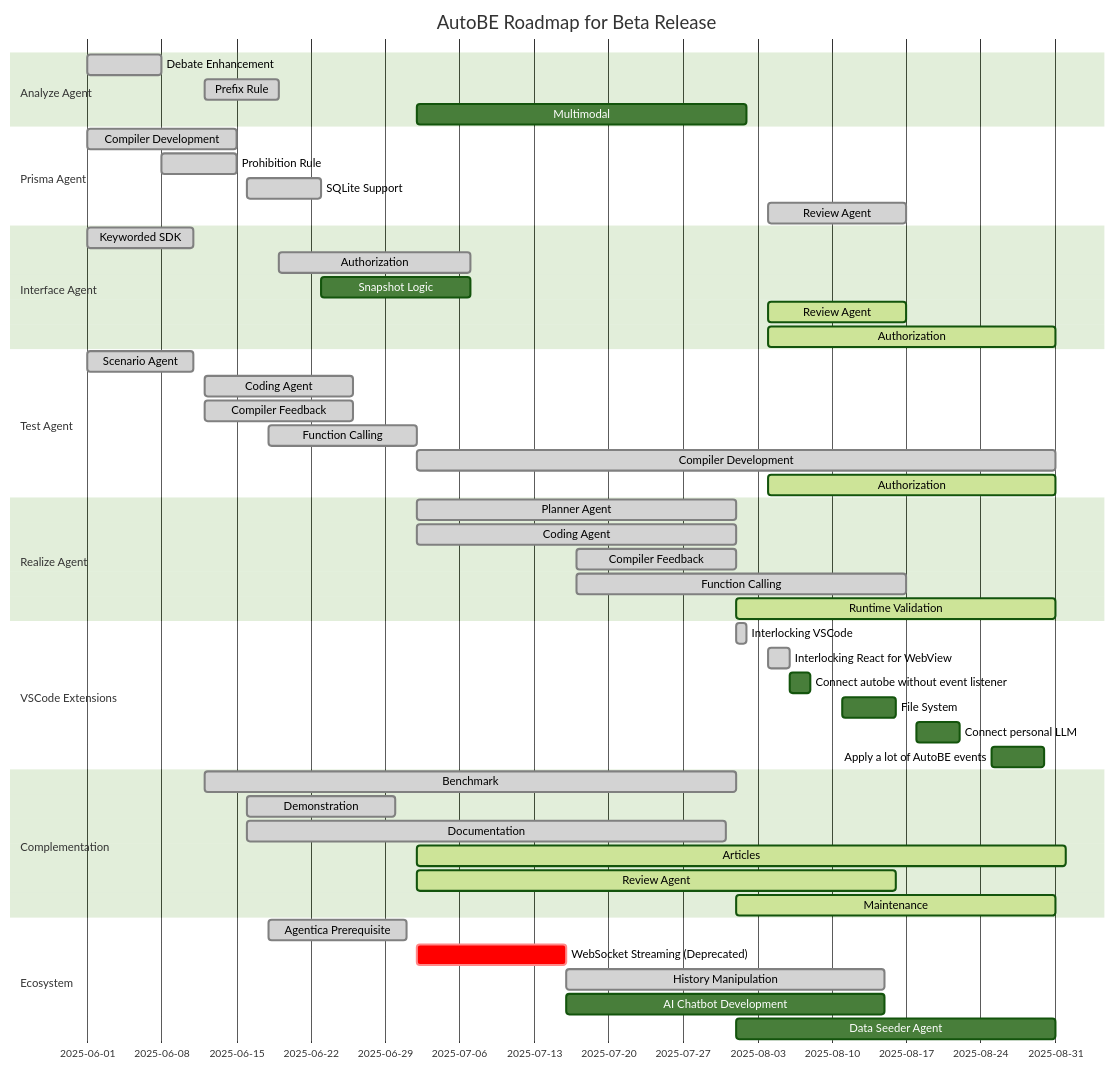
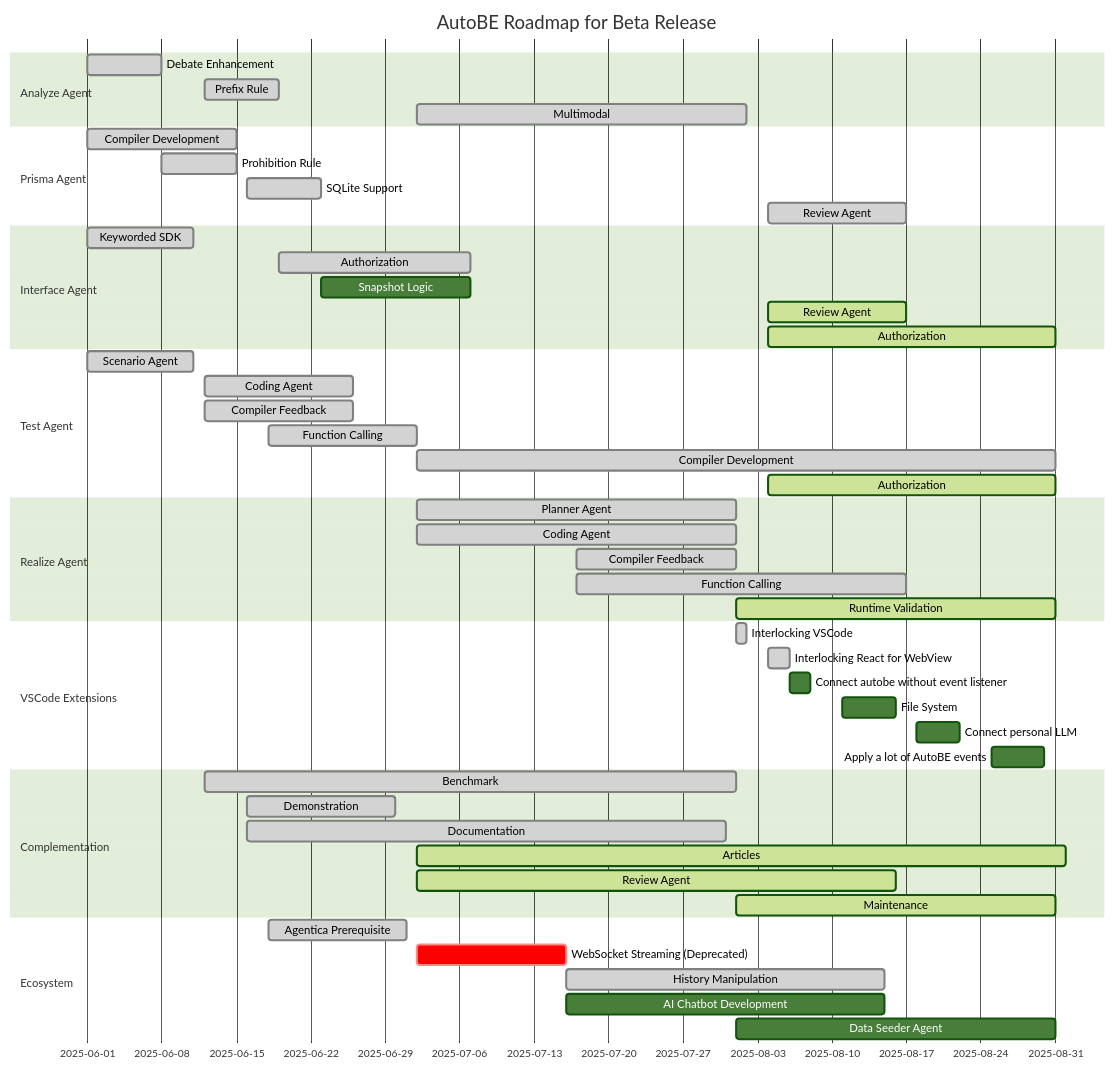
The second of 2 diagrams in README.md (wrtnlabs/autobe), drawn with Mermaid (forest theme) before and after one commit. The commit also changed 5 other files, not shown here.

````diff
--- a/README.md
+++ b/README.md
@@ -181,61 +181,61 @@
 ```mermaid
 gantt
   dateFormat YYYY-MM-DD
   title AutoBE Roadmap for Beta Release
 
   section Analyze Agent
-  Debate Enhancement: done,    2025-06-01,  7d
-  Prefix Rule:        done,    2025-06-12,  7d
-  Multimodal:         planned, 2025-07-02, 31d
+  Debate Enhancement: done, 2025-06-01,  7d
+  Prefix Rule:        done, 2025-06-12,  7d
+  Multimodal:         done, 2025-07-02, 31d
 
   section Prisma Agent
   Compiler Development: done, 2025-06-01, 14d
   Prohibition Rule:     done, 2025-06-08,  7d
   SQLite Support:       done, 2025-06-16,  7d
   Review Agent:         done, 2025-08-04, 13d
 
   section Interface Agent
   Keyworded SDK:     done,    2025-06-01, 10d
   Authorization:     done,    2025-06-19, 18d
   Snapshot Logic:    planned, 2025-06-23, 14d
   Review Agent:      active,  2025-08-04, 13d
   Authorization:     active,  2025-08-04, 27d
 
   section Test Agent
   Scenario Agent:         done, 2025-06-01, 10d        
   Coding Agent:           done, 2025-06-12, 14d
   Compiler Feedback:      done, 2025-06-12, 14d
   Function Calling:       done, 2025-06-18, 14d
   Compiler Development:   done, 2025-07-02, 60d
   Authorization:        active, 2025-08-04, 27d
 
   section Realize Agent
   Planner Agent:          done, 2025-07-02, 30d
   Coding Agent:           done, 2025-07-02, 30d
   Compiler Feedback:      done, 2025-07-17, 15d
   Function Calling:       done, 2025-07-17, 31d
   Runtime Validation:   active, 2025-08-01, 30d
 
   section VSCode Extensions
   Interlocking VSCode:                      done, 2025-08-01, 1d
   Interlocking React for WebView:           done, 2025-08-04, 2d
   Connect autobe without event listener: planned, 2025-08-06, 2d
   File System:                           planned, 2025-08-11, 5d
   Connect personal LLM:                  planned, 2025-08-18, 4d
   Apply a lot of AutoBE events:          planned, 2025-08-25, 5d 
 
   section Complementation
   Benchmark:     done,   2025-06-12, 50d
   Demonstration: done,   2025-06-16, 14d
   Documentation: done,   2025-06-16, 45d
   Articles:      active, 2025-07-02, 61d
   Review Agent:  active, 2025-07-02, 45d
   Maintenance:   active, 2025-08-01, 30d
 
   section Ecosystem
   Agentica Prerequisite:            done,    2025-06-18, 13d
   WebSocket Streaming (Deprecated): crit,    2025-07-02, 14d
   History Manipulation:             done,    2025-07-16, 30d
   AI Chatbot Development:           planned, 2025-07-16, 30d
   Data Seeder Agent:                planned, 2025-08-01, 30d
 ```
````
